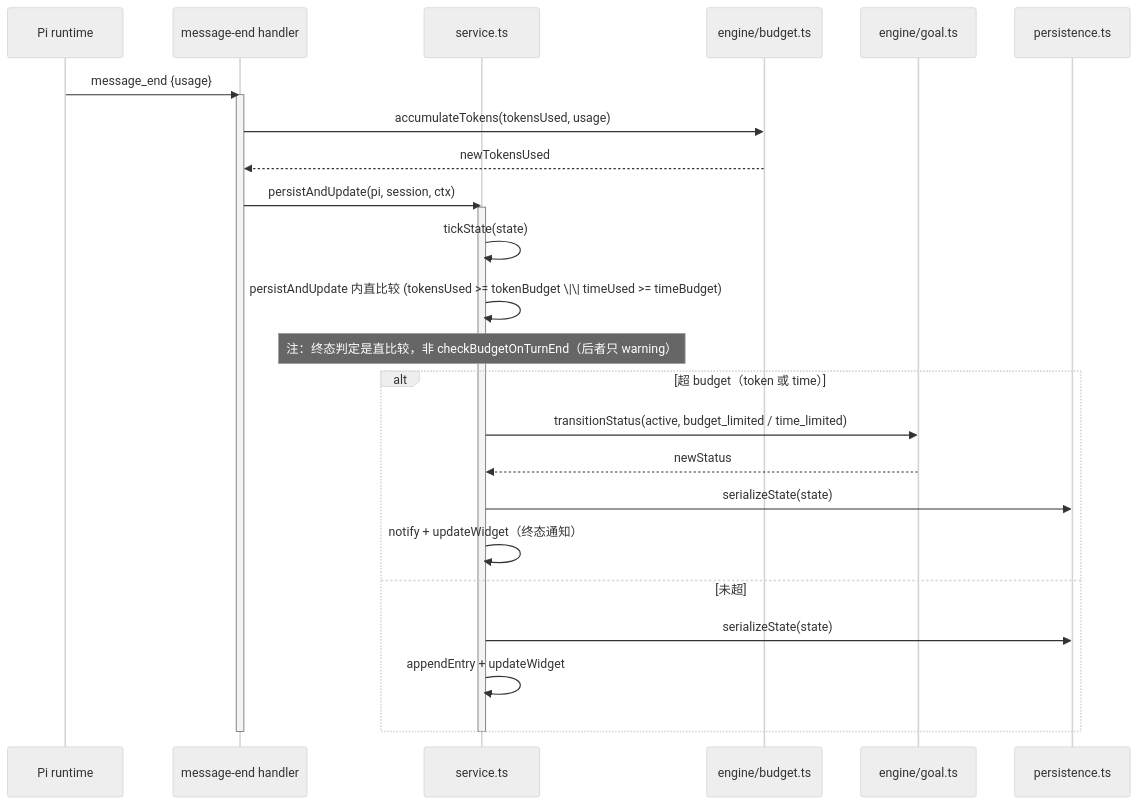
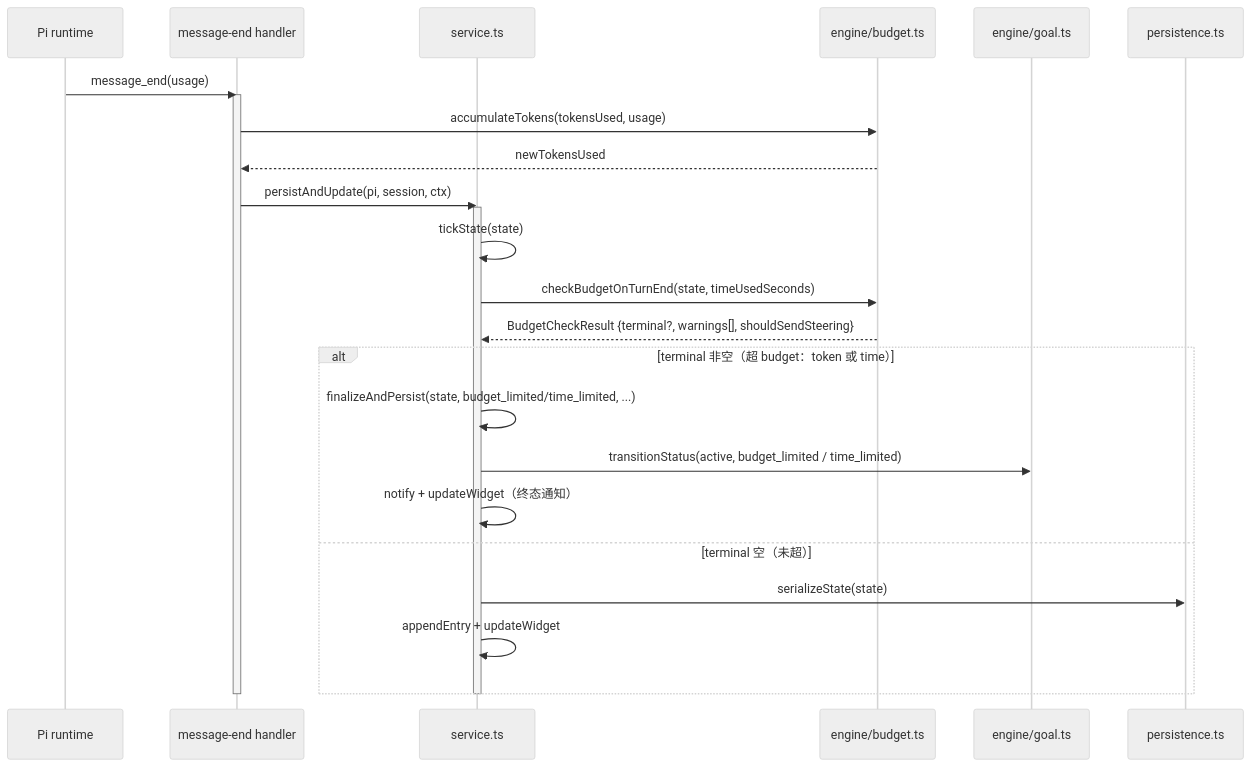
One commit to zhushanwen321/xyz-pi-extensions changed the fourth of 6 diagrams in .xyz-harness/2026-06-24-goal-v2-refactor/code-architecture.md. Above: the diagram before and after it, drawn with Mermaid (neutral theme). The commit also changed other lines of this file and 53 other files, not shown here.

````diff
--- a/.xyz-harness/2026-06-24-goal-v2-refactor/code-architecture.md
+++ b/.xyz-harness/2026-06-24-goal-v2-refactor/code-architecture.md
@@ -247,30 +244,29 @@
 ```mermaid
 sequenceDiagram
     participant PI as Pi runtime
     participant ME as message-end handler
     participant SVC as service.ts
     participant EB as engine/budget.ts
     participant EG as engine/goal.ts
     participant PP as persistence.ts
 
-    PI->>ME: message_end {usage}
+    PI->>ME: message_end(usage)
     activate ME
     ME->>EB: accumulateTokens(tokensUsed, usage)
     EB-->>ME: newTokensUsed
     ME->>SVC: persistAndUpdate(pi, session, ctx)
     activate SVC
     SVC->>SVC: tickState(state)
-    SVC->>SVC: persistAndUpdate 内直比较 (tokensUsed >= tokenBudget \|\| timeUsed >= timeBudget)
-    Note over SVC: 注：终态判定是直比较，非 checkBudgetOnTurnEnd（后者只 warning）
-    alt 超 budget（token 或 time）
+    SVC->>EB: checkBudgetOnTurnEnd(state, timeUsedSeconds)
+    EB-->>SVC: BudgetCheckResult {terminal?, warnings[], shouldSendSteering}
+    alt terminal 非空（超 budget：token 或 time）
+        SVC->>SVC: finalizeAndPersist(state, budget_limited/time_limited, ...)
         SVC->>EG: transitionStatus(active, budget_limited / time_limited)
-        EG-->>SVC: newStatus
-        SVC->>PP: serializeState(state)
         SVC->>SVC: notify + updateWidget（终态通知）
-    else 未超
+    else terminal 空（未超）
         SVC->>PP: serializeState(state)
         SVC->>SVC: appendEntry + updateWidget
     end
     deactivate SVC
     deactivate ME
 ```
````
